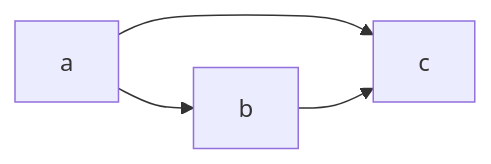
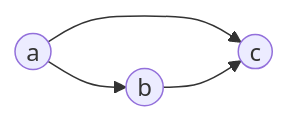
The third of 3 diagrams in _posts/2025-01-23-graphs-basics.md (hclimente/hclimente.github.io), drawn with Mermaid before and after one commit. The commit also changed other lines of this file and 1 other file, not shown here.

````diff
--- a/_posts/2025-01-23-graphs-basics.md
+++ b/_posts/2025-01-23-graphs-basics.md
@@ -65,12 +69,16 @@
   ```mermaid
   ---
   config:
   layout: elk
   look: handDrawn
   ---
   graph LR
 
-      a --> b
-      a --> c
-      b --> c
+      vertex_a((a))
+      vertex_b((b))
+      vertex_c((c))
+
+      vertex_a --> vertex_b
+      vertex_a --> vertex_c
+      vertex_b --> vertex_c
   ```
````
